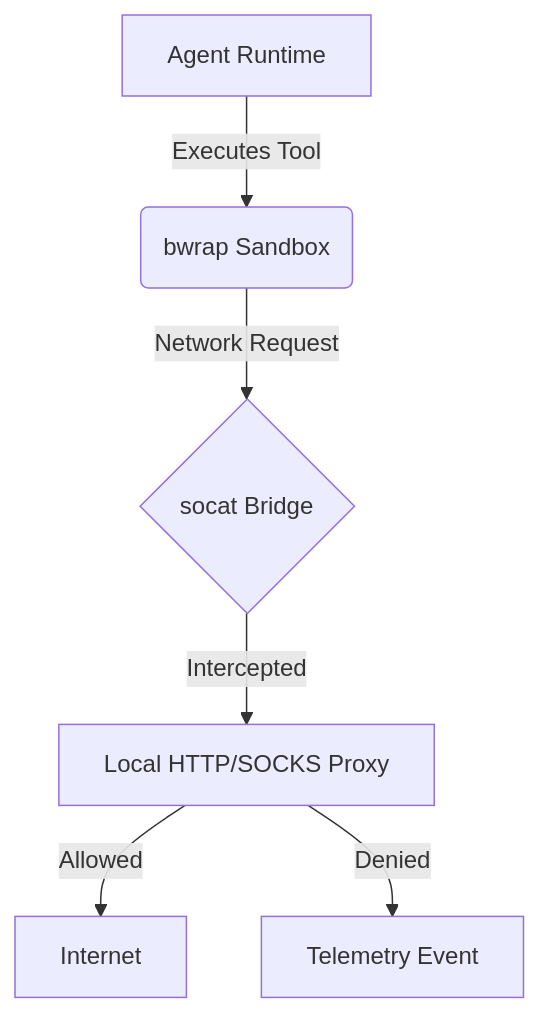
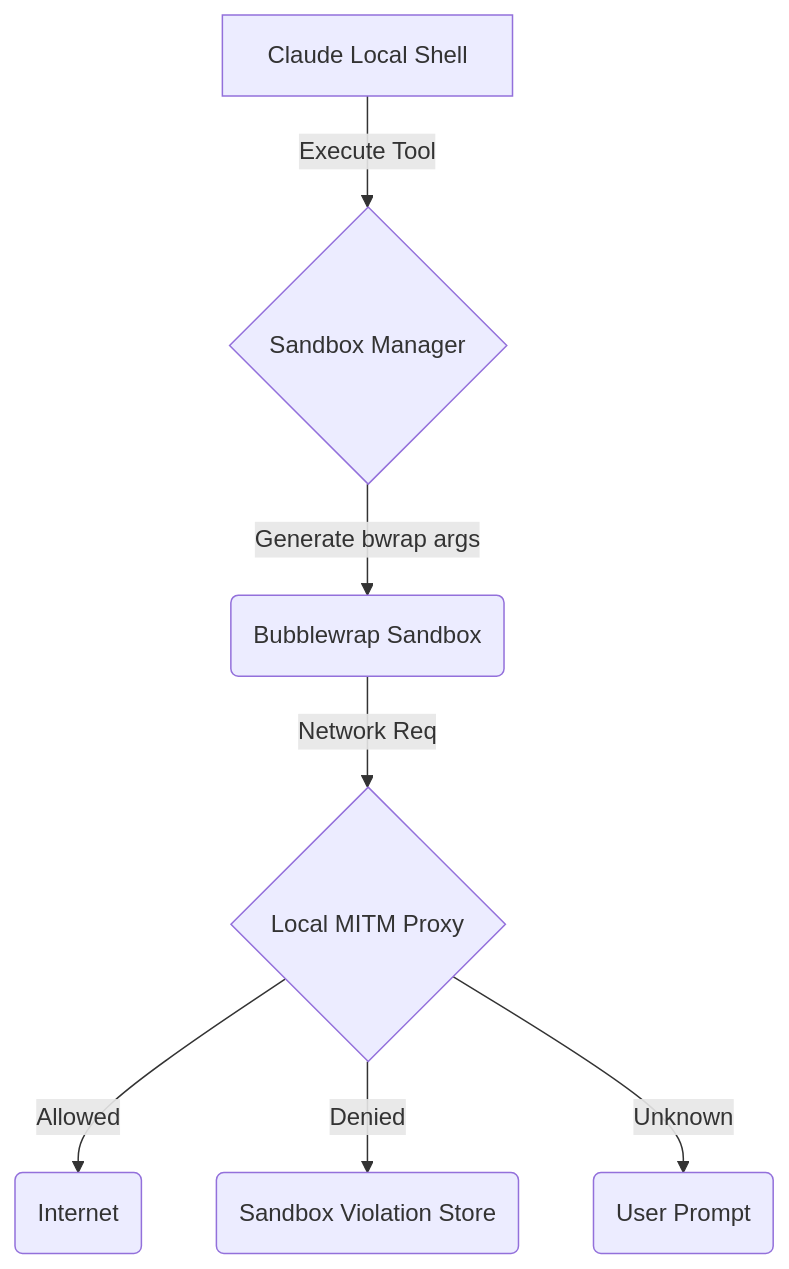
The diagram in docs/research/agent_harness_network_proxy_audit.md (omnisolo-llc/onehumancorp), drawn with Mermaid before and after one commit. The commit also changed other lines of this file, not shown here.

Commit message:
docs: update agent harness network proxy audit research report with correct styling and github issue logic

````diff
--- a/docs/research/agent_harness_network_proxy_audit.md
+++ b/docs/research/agent_harness_network_proxy_audit.md
@@ -28,8 +22,9 @@
 ```mermaid
-graph TD
-    A[Agent Runtime] -->|Executes Tool| B(bwrap Sandbox)
-    B -->|Network Request| C{socat Bridge}
-    C -->|Intercepted| D[Local HTTP/SOCKS Proxy]
-    D -->|Allowed| E[Internet]
-    D -->|Denied| F[Telemetry Event]
+graph TD;
+    A[Claude Local Shell] -->|Execute Tool| B{Sandbox Manager};
+    B -->|Generate bwrap args| C(Bubblewrap Sandbox);
+    C -->|Network Req| D{Local MITM Proxy};
+    D -->|Allowed| E(Internet);
+    D -->|Denied| F(Sandbox Violation Store);
+    D -->|Unknown| G(User Prompt);
 ```
````
